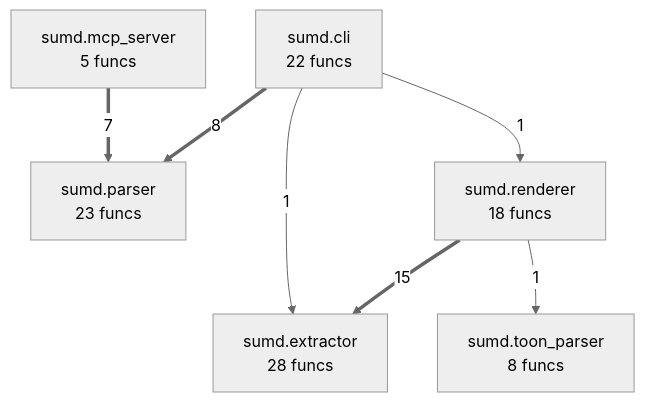
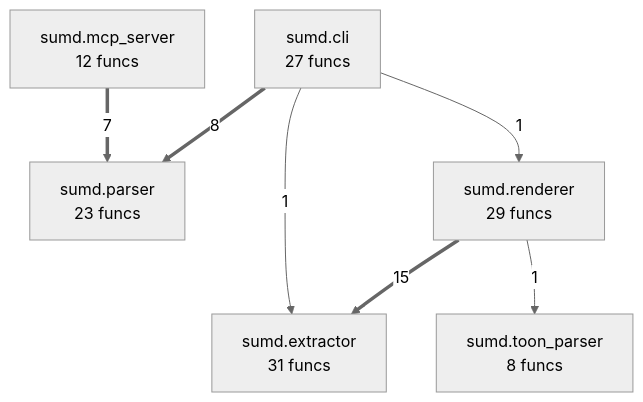
The diagram in project/compact_flow.mmd (oqlos/sumd), drawn with Mermaid (neutral theme) before and after one commit. The commit also changed 11 other files, not shown here.

```diff
--- a/project/compact_flow.mmd
+++ b/project/compact_flow.mmd
@@ -1,13 +1,13 @@
 flowchart TD
-    sumd__cli["sumd.cli<br/>22 funcs"]
-    sumd__extractor["sumd.extractor<br/>28 funcs"]
-    sumd__mcp_server["sumd.mcp_server<br/>5 funcs"]
+    sumd__cli["sumd.cli<br/>27 funcs"]
+    sumd__extractor["sumd.extractor<br/>31 funcs"]
+    sumd__mcp_server["sumd.mcp_server<br/>12 funcs"]
     sumd__parser["sumd.parser<br/>23 funcs"]
-    sumd__renderer["sumd.renderer<br/>18 funcs"]
+    sumd__renderer["sumd.renderer<br/>29 funcs"]
     sumd__toon_parser["sumd.toon_parser<br/>8 funcs"]
     sumd__renderer ==>|15| sumd__extractor
     sumd__cli ==>|8| sumd__parser
     sumd__mcp_server ==>|7| sumd__parser
-    sumd__renderer -->|1| sumd__toon_parser
     sumd__cli -->|1| sumd__renderer
     sumd__cli -->|1| sumd__extractor
+    sumd__renderer -->|1| sumd__toon_parser
```
